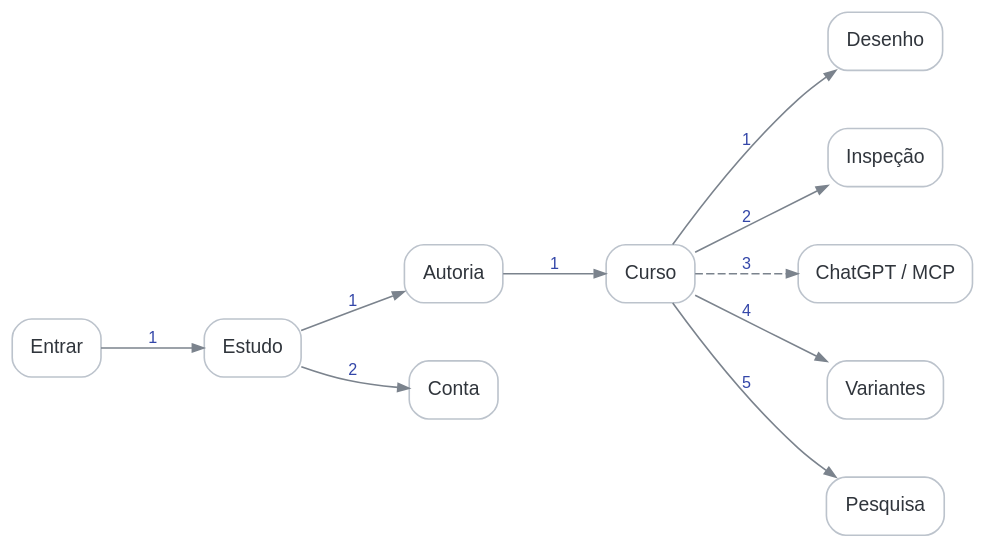
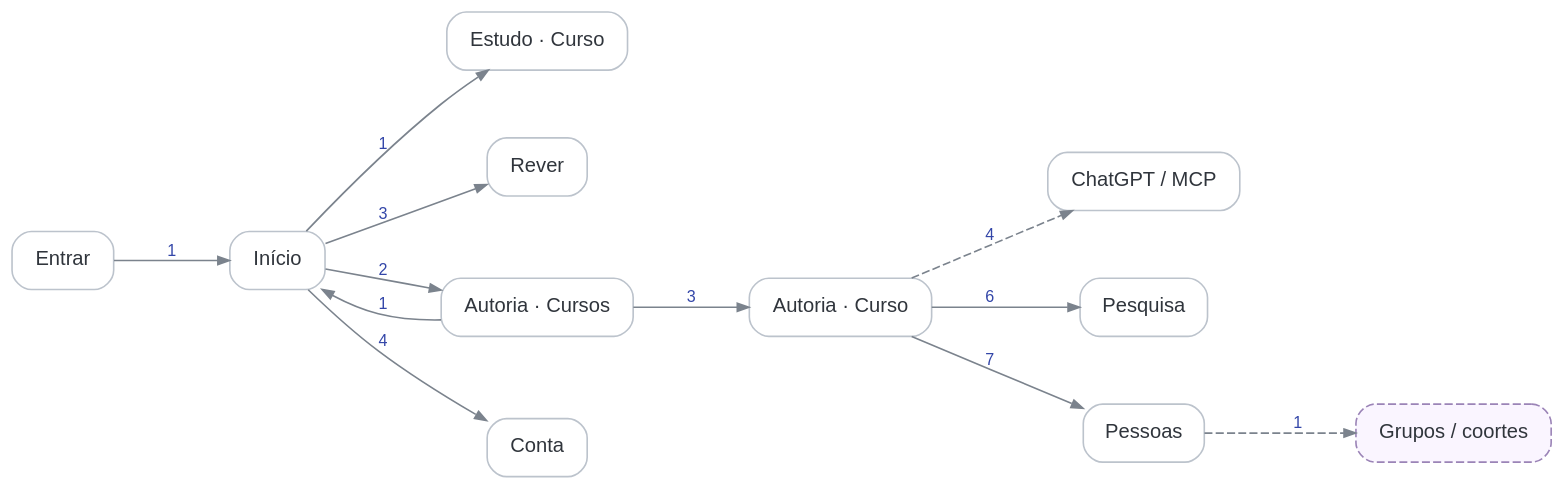
The diagram in ux-atlas/graphs/overview.dot (fabio-ara/AraLearn), drawn with Graphviz before and after one commit. The commit also changed 29 other files, not shown here.

```diff
--- a/ux-atlas/graphs/overview.dot
+++ b/ux-atlas/graphs/overview.dot
@@ -1,26 +1,29 @@
 digraph G {
-  graph [bgcolor="transparent", rankdir=LR, pad="0.2", nodesep="0.5", ranksep="0.8", splines="spline"];
-  node [shape=box, style="rounded,filled", fillcolor="#ffffff", color="#bcc3cc", fontcolor="#30353c", fontname="Arial", fontsize=12, margin="0.15,0.09"];
-  edge [color="#7b838d", fontcolor="#3346a8", fontname="Arial", fontsize=10, arrowsize=0.7];
+  graph [bgcolor="transparent", rankdir=LR, pad="0.25", nodesep="0.58", ranksep="0.9", splines="spline"];
+  node [shape=box, style="rounded,filled", fillcolor="#ffffff", color="#bcc3cc", fontcolor="#30353c", fontname="Arial", fontsize=12.5, margin="0.20,0.12"];
+  edge [color="#7b838d", fontcolor="#3346a8", fontname="Arial", fontsize=10, arrowsize=0.72];
 
   login [label="Entrar"];
-  study_home [label="Estudo"];
-  author_courses [label="Autoria"];
-  author_course [label="Curso"];
-  design [label="Desenho"];
-  inspection [label="Inspeção"];
+  study_home [label="Início"];
+  study_course [label="Estudo · Curso"];
+  study_review [label="Rever"];
+  author_courses [label="Autoria · Cursos"];
+  author_course [label="Autoria · Curso"];
   mcp_handoff [label="ChatGPT / MCP"];
-  variants [label="Variantes"];
   analytics [label="Pesquisa"];
+  people [label="Pessoas"];
   settings [label="Conta"];
+  future_groups [label="Grupos / coortes", style="rounded,dashed,filled", fillcolor="#faf5ff", color="#9b84b7", class="future"];
 
   login -> study_home [label="1"];
-  study_home -> author_courses [label="1"];
-  study_home -> settings [label="2"];
-  author_courses -> author_course [label="1"];
-  author_course -> design [label="1"];
-  author_course -> inspection [label="2"];
-  author_course -> mcp_handoff [label="3", style=dashed, class="external"];
-  author_course -> variants [label="4"];
-  author_course -> analytics [label="5"];
+  study_home -> study_course [label="1"];
+  study_home -> author_courses [label="2"];
+  study_home -> study_review [label="3"];
+  study_home -> settings [label="4"];
+  author_courses -> study_home [label="1"];
+  author_courses -> author_course [label="3"];
+  author_course -> mcp_handoff [label="4", style=dashed, class="external"];
+  author_course -> analytics [label="6"];
+  author_course -> people [label="7"];
+  people -> future_groups [label="1", style=dashed, class="future"];
 }
```
